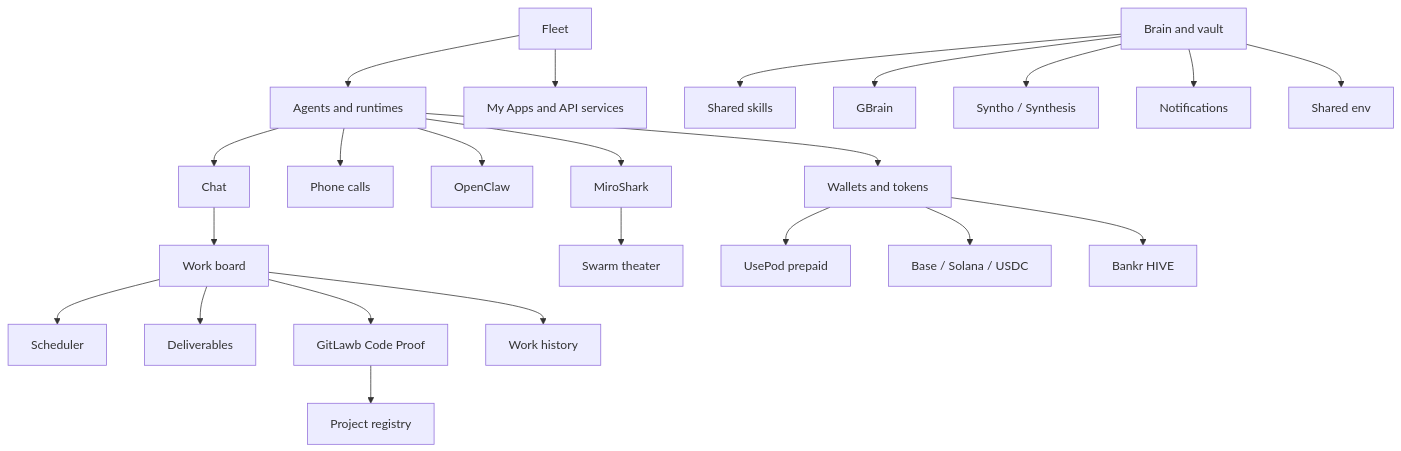
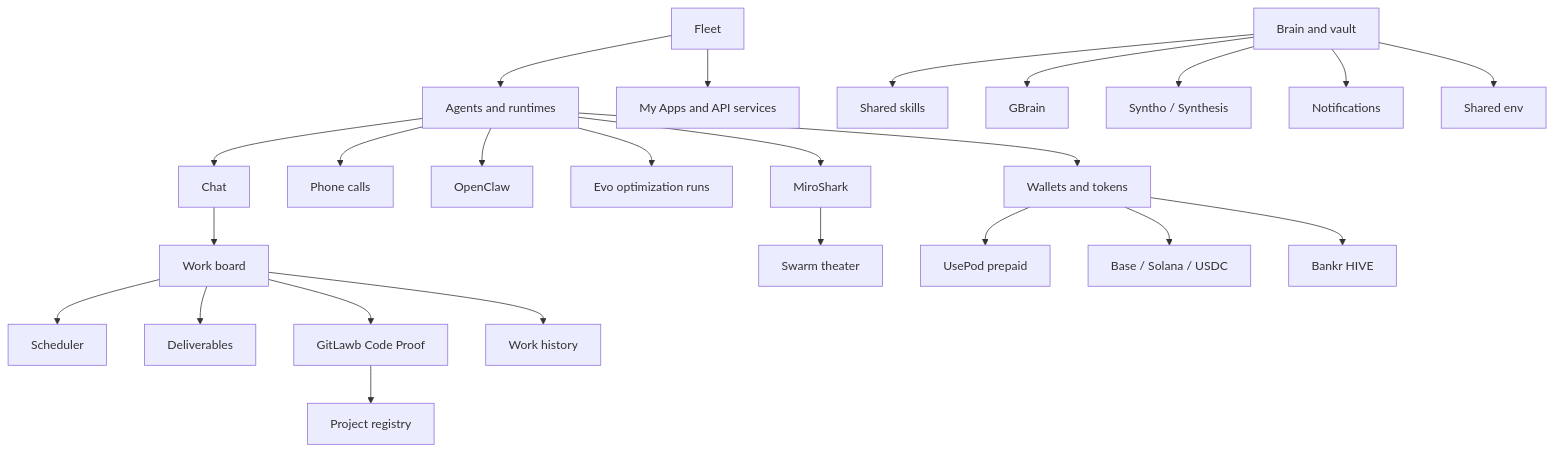
Before and after one commit to LiamVisionary/hivemindos: the diagram in docs/features/index.md, drawn with Mermaid. The commit also changed other lines of this file and 103 other files, not shown here.

````diff
--- a/docs/features/index.md
+++ b/docs/features/index.md
@@ -169,25 +174,26 @@
 ```mermaid
 flowchart TD
   Fleet["Fleet"] --> Runtimes["Agents and runtimes"]
   Fleet --> Apps["My Apps and API services"]
   Runtimes --> Chat["Chat"]
   Runtimes --> Phone["Phone calls"]
   Chat --> Work["Work board"]
   Work --> Scheduler["Scheduler"]
   Work --> Deliverables["Deliverables"]
   Work --> CodeProof["GitLawb Code Proof"]
   Work --> History["Work history"]
   Vault["Brain and vault"] --> Skills["Shared skills"]
   Vault --> GBrain["GBrain"]
   Vault --> Syntho["Syntho / Synthesis"]
   Vault --> Notifications["Notifications"]
   Vault --> Env["Shared env"]
   Runtimes --> OpenClaw["OpenClaw"]
+  Runtimes --> Evo["Evo optimization runs"]
   Runtimes --> MiroShark["MiroShark"]
   MiroShark --> Swarm["Swarm theater"]
   Runtimes --> Wallets["Wallets and tokens"]
   Wallets --> UsePod["UsePod prepaid"]
   Wallets --> TokenRails["Base / Solana / USDC"]
   Wallets --> Bankr["Bankr HIVE"]
   CodeProof --> Projects["Project registry"]
 ```
````
